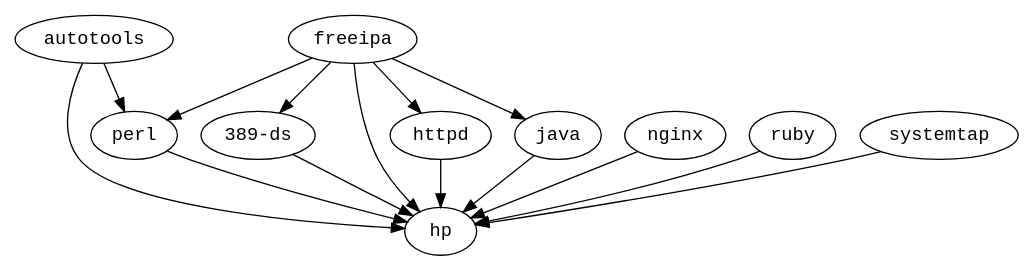
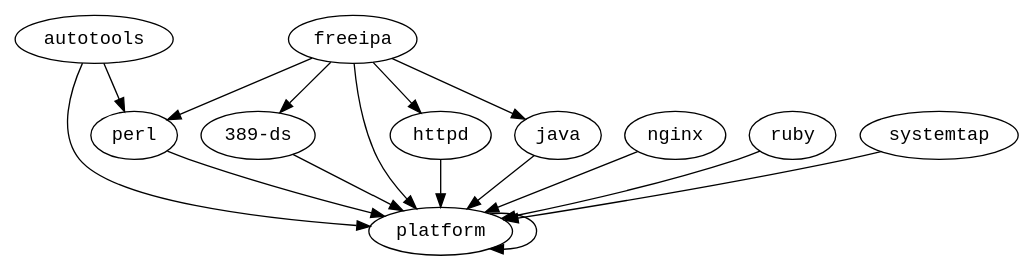
The diagram in img/module-deps.dot (fedora-modularity/dependency-report), drawn with Graphviz before and after one commit. The commit also changed 2 other files, not shown here.

Commit message:
platform in the dep graph

```diff
--- a/img/module-deps.dot
+++ b/img/module-deps.dot
@@ -1,17 +1,18 @@
 strict digraph G {
   node [fontname=monospace];
-  "389-ds" -> "hp";
-  "autotools" -> "hp";
+  "389-ds" -> "platform";
+  "autotools" -> "platform";
   "autotools" -> "perl";
-  "freeipa" -> "hp";
+  "freeipa" -> "platform";
   "freeipa" -> "httpd";
   "freeipa" -> "perl";
   "freeipa" -> "389-ds";
   "freeipa" -> "java";
-  "httpd" -> "hp";
-  "java" -> "hp";
-  "nginx" -> "hp";
-  "perl" -> "hp";
-  "ruby" -> "hp";
-  "systemtap" -> "hp";
+  "httpd" -> "platform";
+  "java" -> "platform";
+  "nginx" -> "platform";
+  "perl" -> "platform";
+  "platform" -> "platform";
+  "ruby" -> "platform";
+  "systemtap" -> "platform";
 }
```
